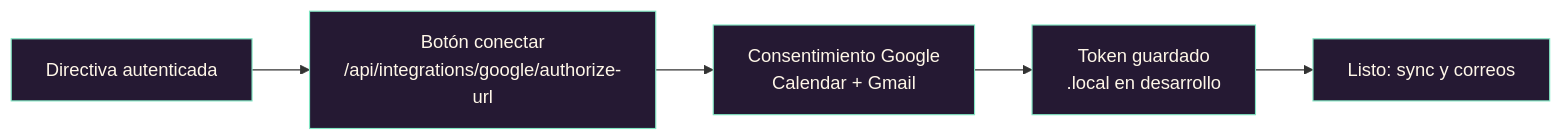
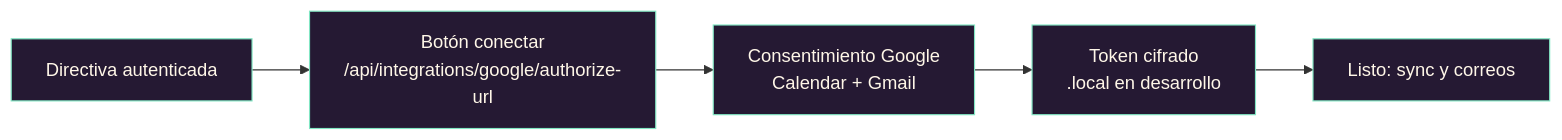
One commit to JackStar6677-1/CCAACalendar changed diagram 11 of 16 in README.md. Above: the diagram before and after it, drawn with Mermaid. The commit also changed other lines of this file and 27 other files, not shown here.

````diff
--- a/README.md
+++ b/README.md
@@ -251,10 +251,10 @@
 ```mermaid
 flowchart LR
     S[Directiva autenticada] --> L["Botón conectar\n/api/integrations/google/authorize-url"]
     L --> O[Consentimiento Google\nCalendar + Gmail]
-    O --> T[Token guardado\n.local en desarrollo]
+    O --> T[Token cifrado\n.local en desarrollo]
     T --> U[Listo: sync y correos]
 
     classDef step fill:#251933,stroke:#81e6c3,color:#fff7e8
     class S,L,O,T,U step
 ```
````
